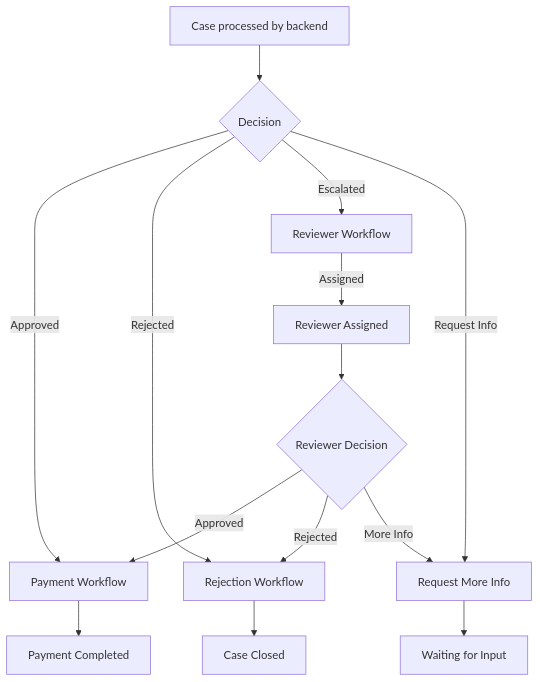
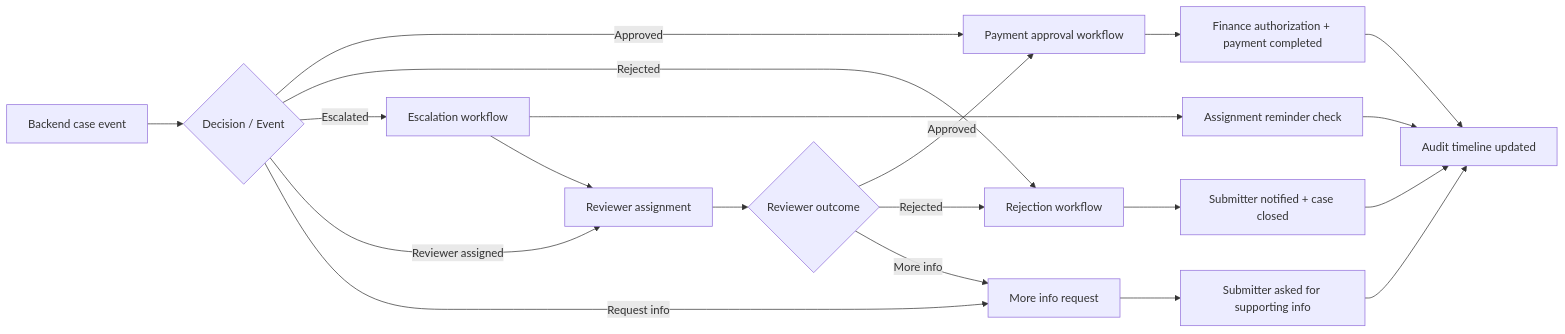
Before and after one commit to shaunharlis77-hash/autonomous-finance-ops-copilot: the second of 2 diagrams in README.md, drawn with Mermaid.

Commit message:
workflow automation diagram update.

````diff
--- a/README.md
+++ b/README.md
@@ -54,20 +54,27 @@
 ```mermaid
-flowchart TD
-    START[Case processed by backend] --> DECISION{Decision}
+flowchart LR
+    START[Backend case event] --> DECISION{Decision / Event}
 
-    DECISION -->|Approved| PAYMENT[Payment Workflow]
-    DECISION -->|Rejected| REJECTION[Rejection Workflow]
-    DECISION -->|Escalated| REVIEW[Reviewer Workflow]
-    DECISION -->|Request Info| INFO[Request More Info]
+    DECISION -->|Approved| PAYMENT[Payment approval workflow]
+    DECISION -->|Rejected| REJECT[Rejection workflow]
+    DECISION -->|Escalated| ESC[Escalation workflow]
+    DECISION -->|Reviewer assigned| ASSIGN[Reviewer assignment]
+    DECISION -->|Request info| INFO[More info request]
 
-    REVIEW -->|Assigned| ASSIGNED[Reviewer Assigned]
-    ASSIGNED --> REVIEW_OUTCOME{Reviewer Decision}
+    ESC --> REMINDER[Assignment reminder check]
+    ESC --> ASSIGN
 
-    REVIEW_OUTCOME -->|Approved| PAYMENT
-    REVIEW_OUTCOME -->|Rejected| REJECTION
-    REVIEW_OUTCOME -->|More Info| INFO
+    ASSIGN --> REVIEW{Reviewer outcome}
 
-    PAYMENT --> COMPLETE[Payment Completed]
-    REJECTION --> CLOSED[Case Closed]
-    INFO --> WAITING[Waiting for Input]
+    REVIEW -->|Approved| PAYMENT
+    REVIEW -->|Rejected| REJECT
+    REVIEW -->|More info| INFO
+
+    PAYMENT --> PAY_DONE[Finance authorization + payment completed]
+    REJECT --> REJ_DONE[Submitter notified + case closed]
+    INFO --> INFO_DONE[Submitter asked for supporting info]
+    REMINDER --> AUDIT[Audit timeline updated]
+    PAY_DONE --> AUDIT
+    REJ_DONE --> AUDIT
+    INFO_DONE --> AUDIT
 ```
````
